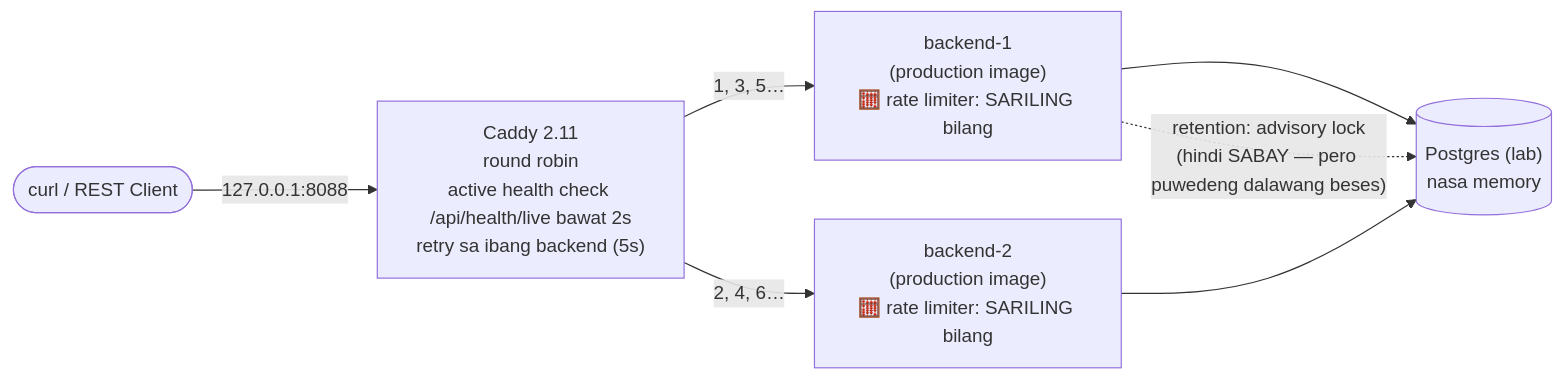
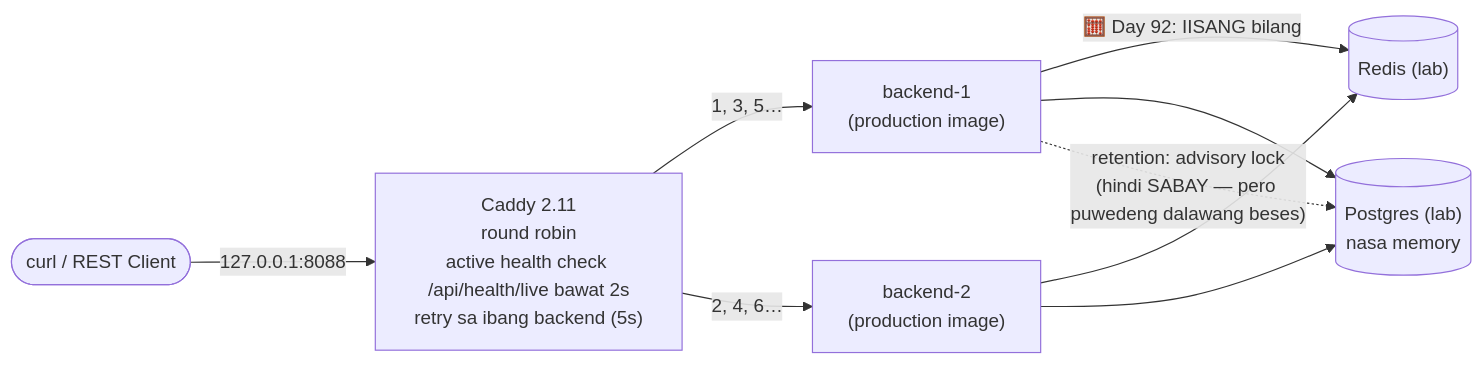
Before and after one commit to nelson1869-ai/auth-learning: the fourth of 4 diagrams in docs/diagrams/00-architecture.md, drawn with Mermaid. The commit also changed other lines of this file and 12 other files, not shown here.

First line of the commit message:
docs: Day 92 — .http 08, D-035, diagrams 00/04/11/22, journal, READMEs

````diff
--- a/docs/diagrams/00-architecture.md
+++ b/docs/diagrams/00-architecture.md
@@ -114,9 +115,11 @@
 ```mermaid
 flowchart LR
     Client(["curl / REST Client"]) -->|"127.0.0.1:8088"| Caddy["Caddy 2.11<br/>round robin<br/>active health check /api/health/live bawat 2s<br/>retry sa ibang backend (5s)"]
-    Caddy -->|"1, 3, 5…"| B1["backend-1<br/>(production image)<br/>🧮 rate limiter: SARILING bilang"]
-    Caddy -->|"2, 4, 6…"| B2["backend-2<br/>(production image)<br/>🧮 rate limiter: SARILING bilang"]
+    Caddy -->|"1, 3, 5…"| B1["backend-1<br/>(production image)"]
+    Caddy -->|"2, 4, 6…"| B2["backend-2<br/>(production image)"]
+    B1 -->|"🧮 Day 92: IISANG bilang"| RD[("Redis (lab)")]
+    B2 --> RD
     B1 --> PG[("Postgres (lab)<br/>nasa memory")]
     B2 --> PG
     B1 -.->|"retention: advisory lock<br/>(hindi SABAY — pero puwedeng dalawang beses)"| PG
 ```
````
